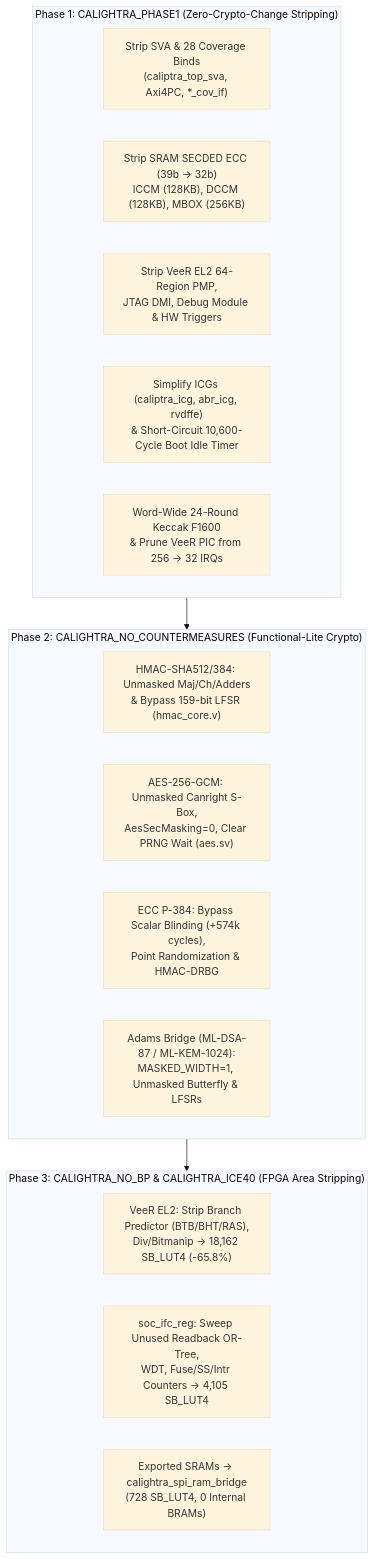
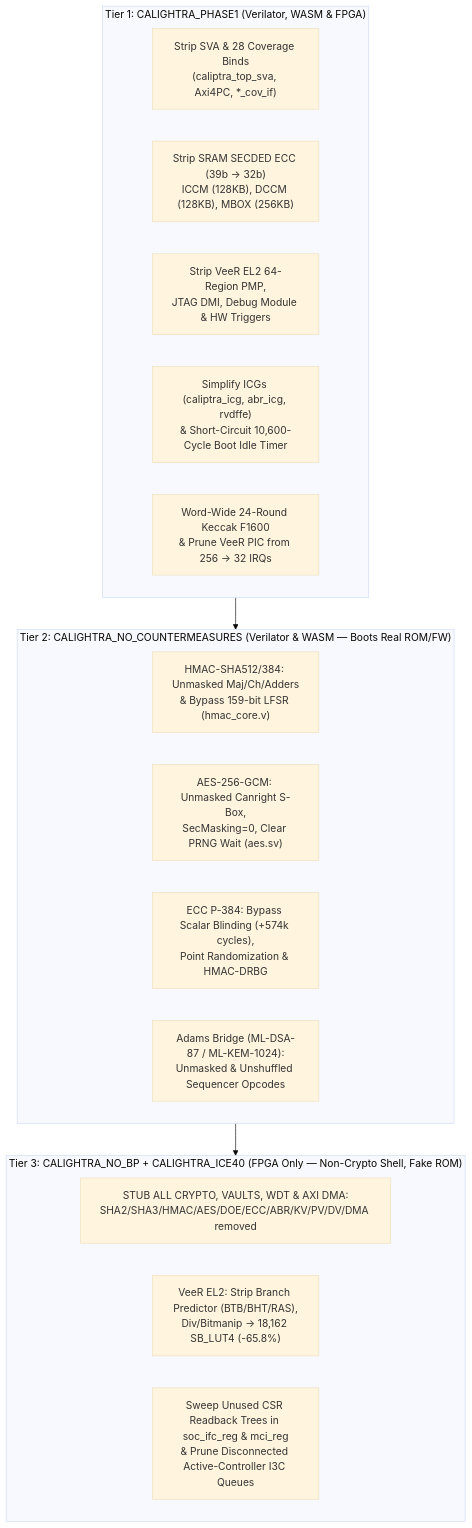
Before and after one commit to swenson/calightra: the diagram in DETAILS.md, drawn with Mermaid (base theme). The commit also changed other lines of this file and 8 other files, not shown here.

````diff
--- a/DETAILS.md
+++ b/DETAILS.md
@@ -108,25 +30,25 @@
 ```mermaid
 flowchart TD
-    subgraph Phase1["Phase 1: CALIGHTRA_PHASE1 (Zero-Crypto-Change Stripping)"]
+    subgraph Phase1["Tier 1: CALIGHTRA_PHASE1 (Verilator, WASM & FPGA)"]
         P1A["Strip SVA & 28 Coverage Binds\n(caliptra_top_sva, Axi4PC, *_cov_if)"]
         P1B["Strip SRAM SECDED ECC (39b -> 32b)\nICCM (128KB), DCCM (128KB), MBOX (256KB)"]
         P1C["Strip VeeR EL2 64-Region PMP,\nJTAG DMI, Debug Module & HW Triggers"]
         P1D["Simplify ICGs (caliptra_icg, abr_icg, rvdffe)\n& Short-Circuit 10,600-Cycle Boot Idle Timer"]
         P1E["Word-Wide 24-Round Keccak F1600\n& Prune VeeR PIC from 256 -> 32 IRQs"]
     end
 
-    subgraph Phase2["Phase 2: CALIGHTRA_NO_COUNTERMEASURES (Functional-Lite Crypto)"]
+    subgraph Phase2["Tier 2: CALIGHTRA_NO_COUNTERMEASURES (Verilator & WASM — Boots Real ROM/FW)"]
         P2A["HMAC-SHA512/384: Unmasked Maj/Ch/Adders\n& Bypass 159-bit LFSR (hmac_core.v)"]
-        P2B["AES-256-GCM: Unmasked Canright S-Box,\nAesSecMasking=0, Clear PRNG Wait (aes.sv)"]
+        P2B["AES-256-GCM: Unmasked Canright S-Box,\nSecMasking=0, Clear PRNG Wait (aes.sv)"]
         P2C["ECC P-384: Bypass Scalar Blinding (+574k cycles),\nPoint Randomization & HMAC-DRBG"]
-        P2D["Adams Bridge (ML-DSA-87 / ML-KEM-1024):\nMASKED_WIDTH=1, Unmasked Butterfly & LFSRs"]
+        P2D["Adams Bridge (ML-DSA-87 / ML-KEM-1024):\nUnmasked & Unshuffled Sequencer Opcodes"]
     end
 
-    subgraph Phase3["Phase 3: CALIGHTRA_NO_BP & CALIGHTRA_ICE40 (FPGA Area Stripping)"]
-        P3A["VeeR EL2: Strip Branch Predictor (BTB/BHT/RAS),\nDiv/Bitmanip -> 18,162 SB_LUT4 (-65.8%)"]
-        P3B["soc_ifc_reg: Sweep Unused Readback OR-Tree,\nWDT, Fuse/SS/Intr Counters -> 4,105 SB_LUT4"]
-        P3C["Exported SRAMs -> calightra_spi_ram_bridge\n(728 SB_LUT4, 0 Internal BRAMs)"]
+    subgraph Phase3["Tier 3: CALIGHTRA_NO_BP + CALIGHTRA_ICE40 (FPGA Only — Non-Crypto Shell, Fake ROM)"]
+        P3A["STUB ALL CRYPTO, VAULTS, WDT & AXI DMA:\nSHA2/SHA3/HMAC/AES/DOE/ECC/ABR/KV/PV/DV/DMA removed"]
+        P3B["VeeR EL2: Strip Branch Predictor (BTB/BHT/RAS),\nDiv/Bitmanip -> 18,162 SB_LUT4 (-65.8%)"]
+        P3C["Sweep Unused CSR Readback Trees in soc_ifc_reg & mci_reg\n& Prune Disconnected Active-Controller I3C Queues"]
     end
 
     Phase1 --> Phase2 --> Phase3
 ```
````
